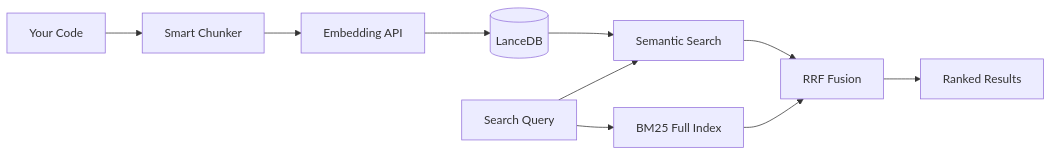
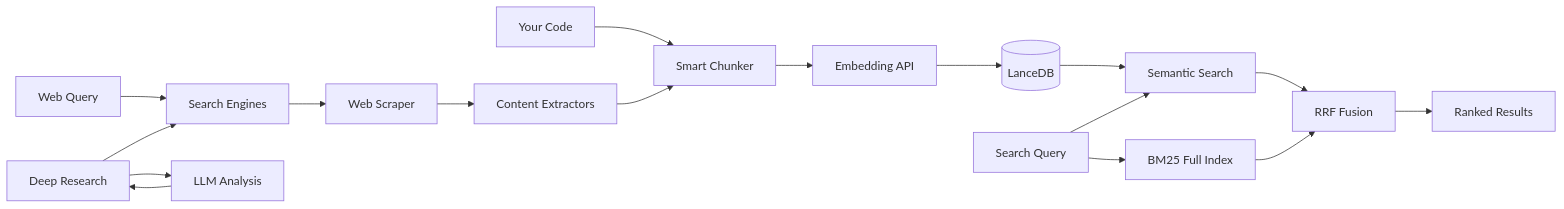
Before and after one commit to FSSCoding/Fss-Mini-Rag: the diagram in README.md, drawn with Mermaid. The commit also changed other lines of this file and 17 other files, not shown here.

````diff
--- a/README.md
+++ b/README.md
@@ -32,13 +32,22 @@
 ```mermaid
 flowchart LR
     Files[Your Code] --> Chunker[Smart Chunker]
     Chunker --> Embedder[Embedding API]
     Embedder --> LanceDB[(LanceDB)]
 
     Query[Search Query] --> Semantic[Semantic Search]
     Query --> BM25[BM25 Full Index]
     LanceDB --> Semantic
     Semantic --> RRF[RRF Fusion]
     BM25 --> RRF
     RRF --> Results[Ranked Results]
+
+    WebQuery[Web Query] --> Engines[Search Engines]
+    Engines --> Scraper[Web Scraper]
+    Scraper --> Extractors[Content Extractors]
+    Extractors --> Chunker
+
+    Research[Deep Research] --> Engines
+    Research --> LLM[LLM Analysis]
+    LLM --> Research
 ```
````
